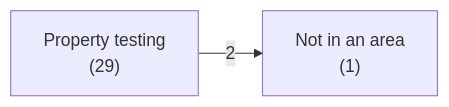
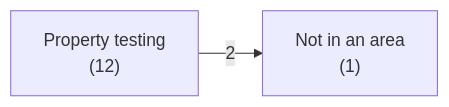
Before and after one commit to ruudkoot/rune: the first of 3 diagrams in docs/generated/test/property/depends.md, drawn with Mermaid. The commit also changed other lines of this file and 490 other files, not shown here.

````diff
--- a/docs/generated/test/property/depends.md
+++ b/docs/generated/test/property/depends.md
@@ -24,6 +24,6 @@
 ```mermaid
 flowchart LR
   a0["Not in an area<br>(1)"]
-  a1["Property testing<br>(29)"]
+  a1["Property testing<br>(12)"]
   a1 -- 2 --> a0
 ```
````
